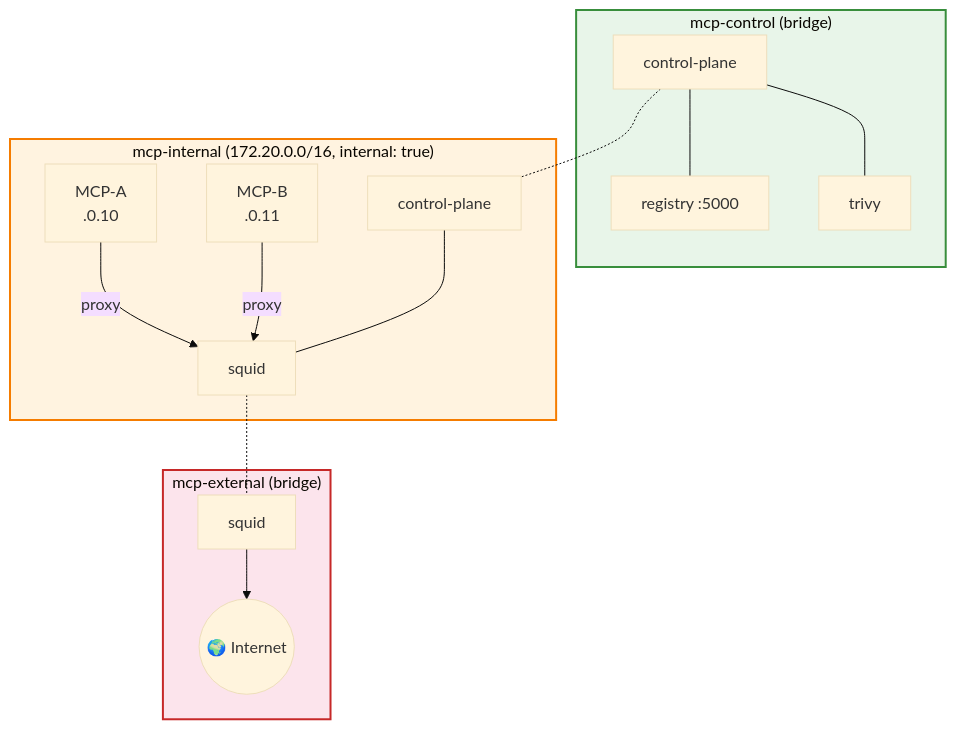
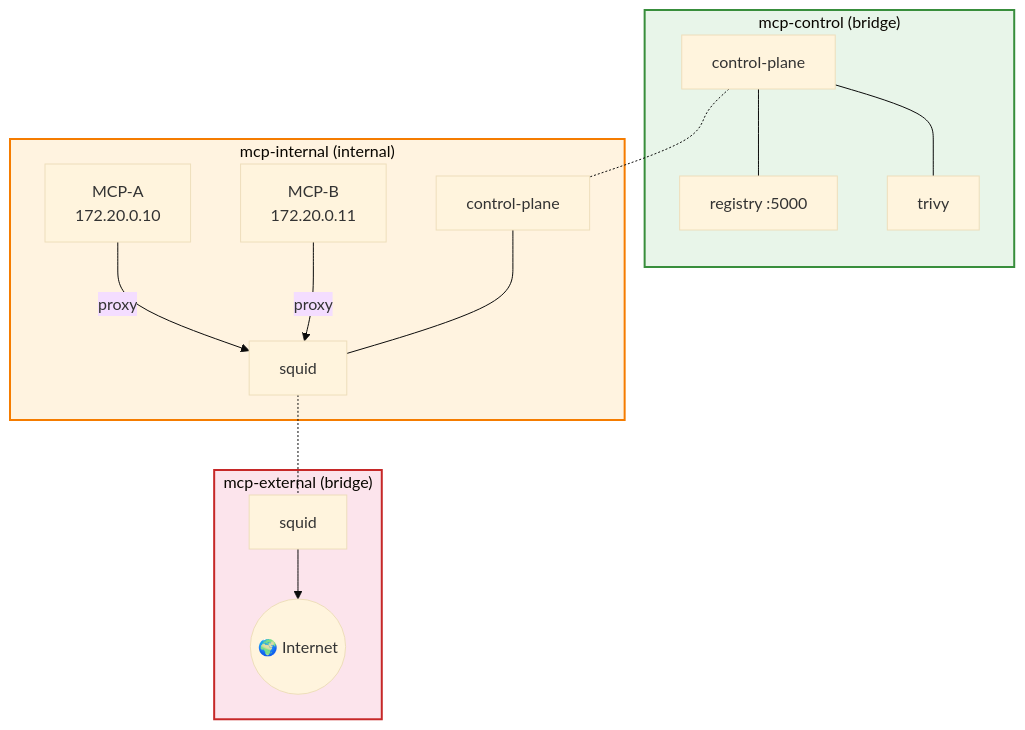
Before and after one commit to cohock13/mcp-adk: the second of 3 diagrams in README.md, drawn with Mermaid (base theme). The commit also changed 8 other files, not shown here.

````diff
--- a/README.md
+++ b/README.md
@@ -115,33 +115,33 @@
 ```mermaid
 graph TB
     subgraph net_control["mcp-control (bridge)"]
         CP_c["control-plane"]
         REG["registry :5000"]
         TRV["trivy"]
         CP_c --- REG
         CP_c --- TRV
     end
 
-    subgraph net_internal["mcp-internal (172.20.0.0/16, internal: true)"]
+    subgraph net_internal["mcp-internal (internal)"]
         CP_i["control-plane"]
-        MCP1["MCP-A<br/>.0.10"]
-        MCP2["MCP-B<br/>.0.11"]
+        MCP1["MCP-A<br/>172.20.0.10"]
+        MCP2["MCP-B<br/>172.20.0.11"]
         SQ_i["squid"]
         MCP1 -->|"proxy"| SQ_i
         MCP2 -->|"proxy"| SQ_i
         CP_i --- SQ_i
     end
 
     subgraph net_external["mcp-external (bridge)"]
         SQ_e["squid"]
         NET(("🌍 Internet"))
         SQ_e --> NET
     end
 
     SQ_i -.- SQ_e
     CP_c -.- CP_i
 
     style net_control fill:#e8f5e9,stroke:#388e3c,stroke-width:2px
     style net_internal fill:#fff3e0,stroke:#f57c00,stroke-width:2px
     style net_external fill:#fce4ec,stroke:#c62828,stroke-width:2px
 ```
````
